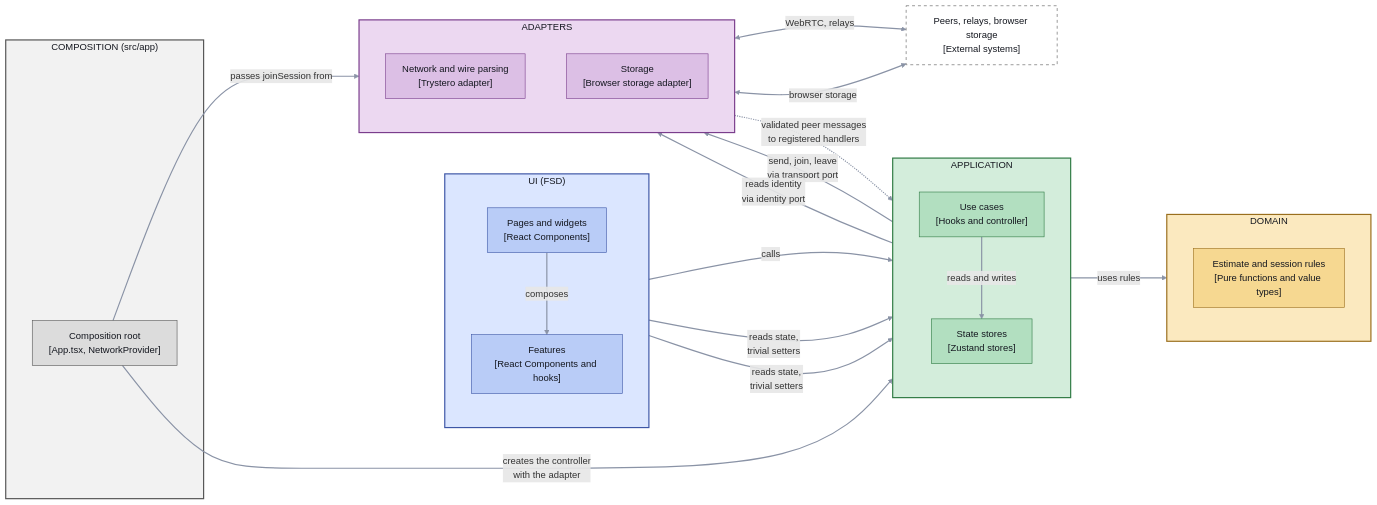
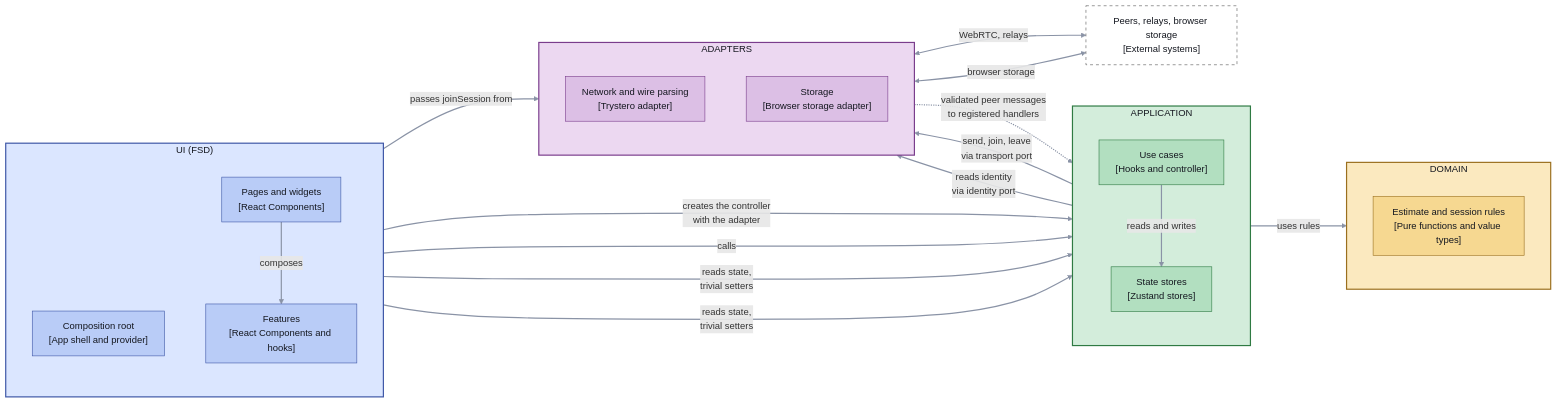
The third of 4 diagrams in docs/architecture.md (cfisch3r/estimate), drawn with Mermaid before and after one commit. The commit also changed other lines of this file, not shown here.

Commit message:
docs: show the composition root inside the UI layer in the level 2 view

````diff
--- a/docs/architecture.md
+++ b/docs/architecture.md
@@ -147,57 +147,52 @@
 ```mermaid
 %%{init: {"flowchart": {"nodeSpacing": 70, "rankSpacing": 90, "padding": 14}}}%%
 flowchart LR
-  subgraph COMP["COMPOSITION (src/app)"]
-    Root["Composition root<br/>[App.tsx, NetworkProvider]"]
-  end
   subgraph UI["UI (FSD)"]
     direction TB
+    Root["Composition root<br/>[App shell and provider]"]
     Pages["Pages and widgets<br/>[React Components]"]
     Features["Features<br/>[React Components and hooks]"]
   end
   subgraph APP["APPLICATION"]
     direction TB
     UseCases["Use cases<br/>[Hooks and controller]"]
     Stores["State stores<br/>[Zustand stores]"]
   end
   subgraph AD["ADAPTERS"]
     direction TB
     Net["Network and wire parsing<br/>[Trystero adapter]"]
     Store["Storage<br/>[Browser storage adapter]"]
   end
   subgraph DOM["DOMAIN"]
     direction TB
     Core["Estimate and session rules<br/>[Pure functions and value types]"]
   end
   Ext["Peers, relays, browser storage<br/>[External systems]"]
   Root -->|creates the controller<br/>with the adapter| UseCases
   Root -->|passes joinSession from| Net
   Pages -->|composes| Features
   Features -->|calls| UseCases
   Pages & Features -->|reads state,<br/>trivial setters| Stores
   UseCases -->|uses rules| Core
   UseCases -->|reads and writes| Stores
   UseCases -->|send, join, leave<br/>via transport port| Net
   Net -.->|validated peer messages<br/>to registered handlers| UseCases
   UseCases -->|reads identity<br/>via identity port| Store
   Net <-->|WebRTC, relays| Ext
   Store <-->|browser storage| Ext
   linkStyle default stroke:#8a93a6,stroke-width:2px
-  style COMP fill:#f2f2f2,stroke:#555555,stroke-width:2px,color:#14171f
   style UI fill:#dbe6ff,stroke:#3d56a6,stroke-width:2px,color:#14171f
   style APP fill:#d3eddb,stroke:#2f7a43,stroke-width:2px,color:#14171f
   style DOM fill:#fbe9bf,stroke:#9a6f1e,stroke-width:2px,color:#14171f
   style AD fill:#ecd8f1,stroke:#7a3d8c,stroke-width:2px,color:#14171f
-  classDef comp fill:#dcdcdc,stroke:#555555,color:#14171f
   classDef ui fill:#b9ccf7,stroke:#3d56a6,color:#14171f
   classDef app fill:#b2dfc0,stroke:#2f7a43,color:#14171f
   classDef dom fill:#f6d891,stroke:#9a6f1e,color:#14171f
   classDef ad fill:#dcbfe5,stroke:#7a3d8c,color:#14171f
   classDef ext fill:#ffffff,stroke:#555555,color:#14171f,stroke-dasharray: 5 5
-  class Root comp
-  class Pages,Features ui
+  class Root,Pages,Features ui
   class UseCases,Stores app
   class Core dom
   class Net,Store ad
   class Ext ext
 ```
````
